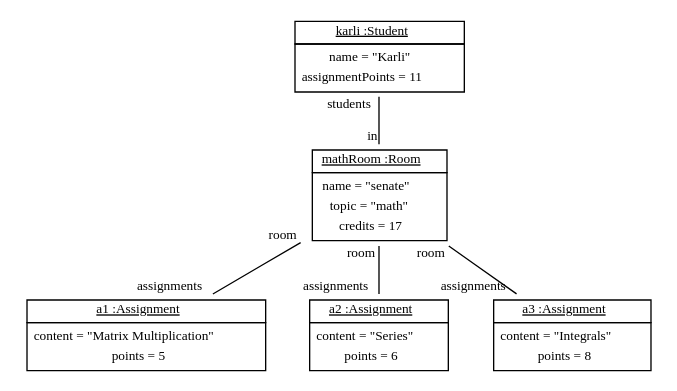
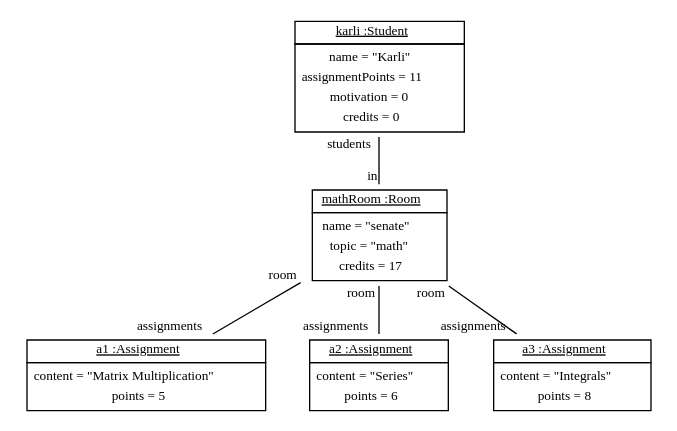
The diagram in doc/StudyRight with assignments storyboard7.dot (fujaba/SDMLib), drawn with Graphviz before and after one commit. The commit also changed 13 other files, not shown here.

Commit message:
addObjectDiagram shows credits == 0 for karli, now.

```diff
--- a/doc/StudyRight with assignments storyboard7.dot
+++ b/doc/StudyRight with assignments storyboard7.dot
@@ -1,16 +1,16 @@
 graph ObjectDiagram {
    node [shape = none, fontsize = 10];
    edge [fontsize = 10];
    compound=true;
 
-karli [label=<<table border='0' cellborder='1' cellspacing='0'> <tr> <td> <u>karli :Student</u></td></tr><tr><td><table border='0' cellborder='0' cellspacing='0'><tr><td>name = "Karli"</td></tr><tr><td>assignmentPoints = 11</td></tr></table></td></tr></table>>];
+karli [label=<<table border='0' cellborder='1' cellspacing='0'> <tr> <td> <u>karli :Student</u></td></tr><tr><td><table border='0' cellborder='0' cellspacing='0'><tr><td>name = "Karli"</td></tr><tr><td>assignmentPoints = 11</td></tr><tr><td>motivation = 0</td></tr><tr><td>credits = 0</td></tr></table></td></tr></table>>];
 mathRoom [label=<<table border='0' cellborder='1' cellspacing='0'> <tr> <td> <u>mathRoom :Room</u></td></tr><tr><td><table border='0' cellborder='0' cellspacing='0'><tr><td>name = "senate"</td></tr><tr><td>topic = "math"</td></tr><tr><td>credits = 17</td></tr></table></td></tr></table>>];
 a1 [label=<<table border='0' cellborder='1' cellspacing='0'> <tr> <td> <u>a1 :Assignment</u></td></tr><tr><td><table border='0' cellborder='0' cellspacing='0'><tr><td>content = "Matrix Multiplication"</td></tr><tr><td>points = 5</td></tr></table></td></tr></table>>];
 a2 [label=<<table border='0' cellborder='1' cellspacing='0'> <tr> <td> <u>a2 :Assignment</u></td></tr><tr><td><table border='0' cellborder='0' cellspacing='0'><tr><td>content = "Series"</td></tr><tr><td>points = 6</td></tr></table></td></tr></table>>];
 a3 [label=<<table border='0' cellborder='1' cellspacing='0'> <tr> <td> <u>a3 :Assignment</u></td></tr><tr><td><table border='0' cellborder='0' cellspacing='0'><tr><td>content = "Integrals"</td></tr><tr><td>points = 8</td></tr></table></td></tr></table>>];
 
 karli -- mathRoom [headlabel = "in" taillabel = "students"];
 mathRoom -- a1 [headlabel = "assignments" taillabel = "room"];
 mathRoom -- a2 [headlabel = "assignments" taillabel = "room"];
 mathRoom -- a3 [headlabel = "assignments" taillabel = "room"];
 }
```
